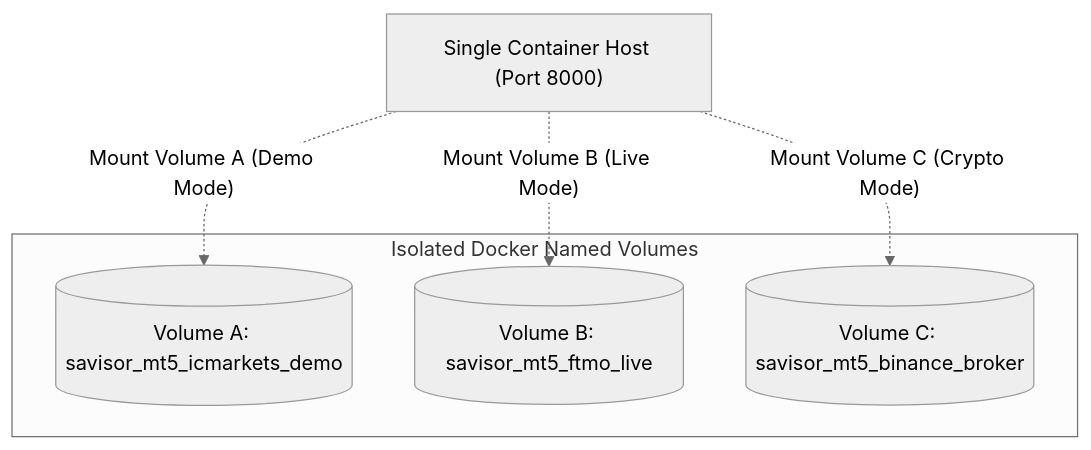
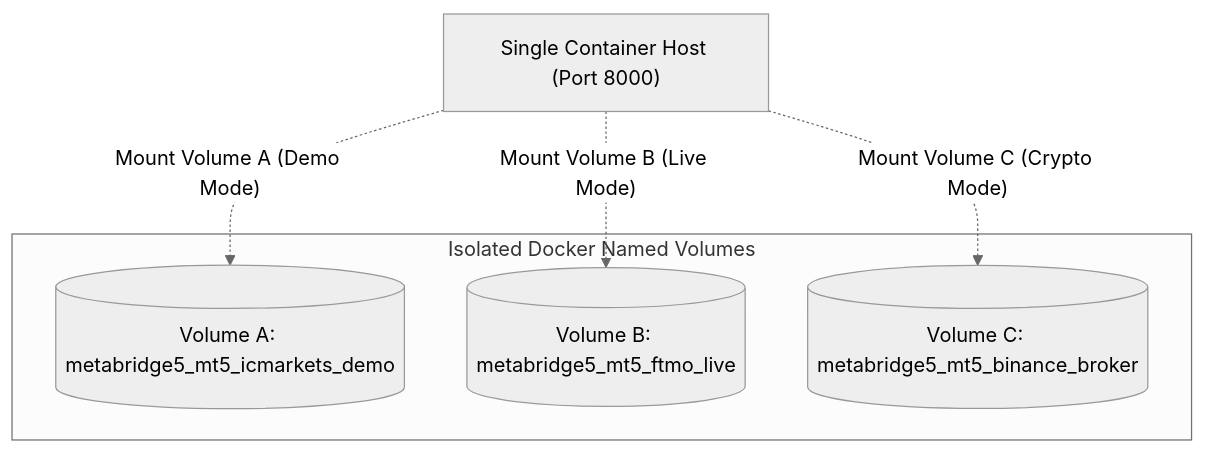
Before and after one commit to devffex/MetaBridge5: the fourth of 6 diagrams in apps/market-gateway/docs/authentication_persistence.md, drawn with Mermaid (neutral theme). The commit also changed other lines of this file and 74 other files, not shown here.

````diff
--- a/apps/market-gateway/docs/authentication_persistence.md
+++ b/apps/market-gateway/docs/authentication_persistence.md
@@ -218,14 +218,14 @@
 ```mermaid
 flowchart TD
     Host["Single Container Host (Port 8000)"]
     
     subgraph Volumes ["Isolated Docker Named Volumes"]
-        VolA[("Volume A: savisor_mt5_icmarkets_demo")]
-        VolB[("Volume B: savisor_mt5_ftmo_live")]
-        VolC[("Volume C: savisor_mt5_binance_broker")]
+        VolA[("Volume A: metabridge5_mt5_icmarkets_demo")]
+        VolB[("Volume B: metabridge5_mt5_ftmo_live")]
+        VolC[("Volume C: metabridge5_mt5_binance_broker")]
     end
 
     Host -.->|"Mount Volume A (Demo Mode)"| VolA
     Host -.->|"Mount Volume B (Live Mode)"| VolB
     Host -.->|"Mount Volume C (Crypto Mode)"| VolC
 ```
````
